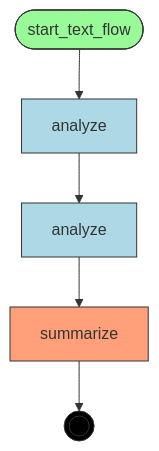
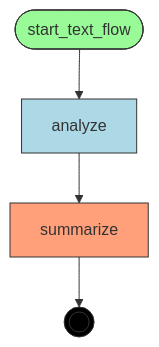
Before and after one commit to deliveryhero/asya: the diagram in examples/demo-skaffold/compiled/text-flow/artifacts/flow.mmd, drawn with Mermaid. The commit also changed 8 other files, not shown here.

```diff
--- a/examples/demo-skaffold/compiled/text-flow/artifacts/flow.mmd
+++ b/examples/demo-skaffold/compiled/text-flow/artifacts/flow.mmd
@@ -1,23 +1,21 @@
 flowchart TD
     %% Flow: text_flow
 
     analyze[analyze]
-    analyze_2[analyze]
     start_text_flow([start_text_flow])
     summarize[summarize]
     __end__((( )))
 
     start_text_flow --> analyze
-    analyze --> analyze_2
-    analyze_2 --> summarize
+    analyze --> summarize
     summarize --> __end__
 
     classDef start fill:#98FB98,stroke:#333
     classDef endnode fill:#FFA07A,stroke:#333
     classDef router fill:#F5DEB3,stroke:#333
     classDef handler fill:#ADD8E6,stroke:#333
     classDef endpoint fill:#000,stroke:#333,color:#fff
     class start_text_flow start
     class summarize endnode
-    class analyze,analyze_2 handler
+    class analyze handler
     class __end__ endpoint
```
